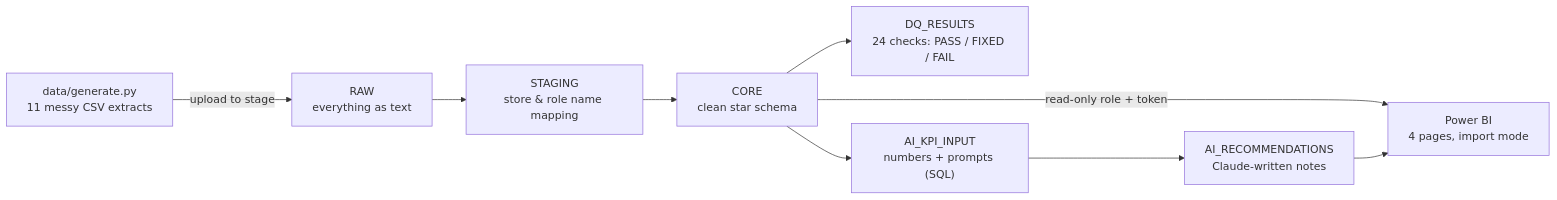
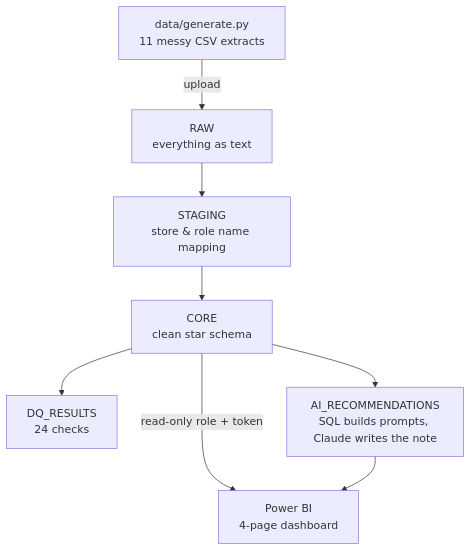
One commit to kjrae/Harbourline-Grill-Analytics changed the diagram in README.md. Above: the diagram before and after it, drawn with Mermaid. The commit also changed other lines of this file, not shown here.

Commit message:
Revise architecture diagram and flowchart details
Updated the architecture diagram in the README to include a more detailed flowchart and improved descriptions for each step.

`````diff
--- a/README.md
+++ b/README.md
@@ -34,11 +39,10 @@
-```mermaid
-flowchart LR
-    A["data/generate.py<br/>11 messy CSV extracts"] -->|upload to stage| B["RAW<br/>everything as text"]
+````mermaid
+flowchart TB
+    A["data/generate.py<br/>11 messy CSV extracts"] -->|upload| B["RAW<br/>everything as text"]
     B --> C["STAGING<br/>store & role name mapping"]
     C --> D["CORE<br/>clean star schema"]
-    D --> E["DQ_RESULTS<br/>24 checks: PASS / FIXED / FAIL"]
-    D --> F["AI_KPI_INPUT<br/>numbers + prompts (SQL)"]
-    F --> G["AI_RECOMMENDATIONS<br/>Claude-written notes"]
-    D -->|read-only role + token| H["Power BI<br/>4 pages, import mode"]
+    D --> E["DQ_RESULTS<br/>24 checks"]
+    D --> G["AI_RECOMMENDATIONS<br/>SQL builds prompts, Claude writes the note"]
+    D -->|read-only role + token| H["Power BI<br/>4-page dashboard"]
     G --> H
-```
+````
`````
